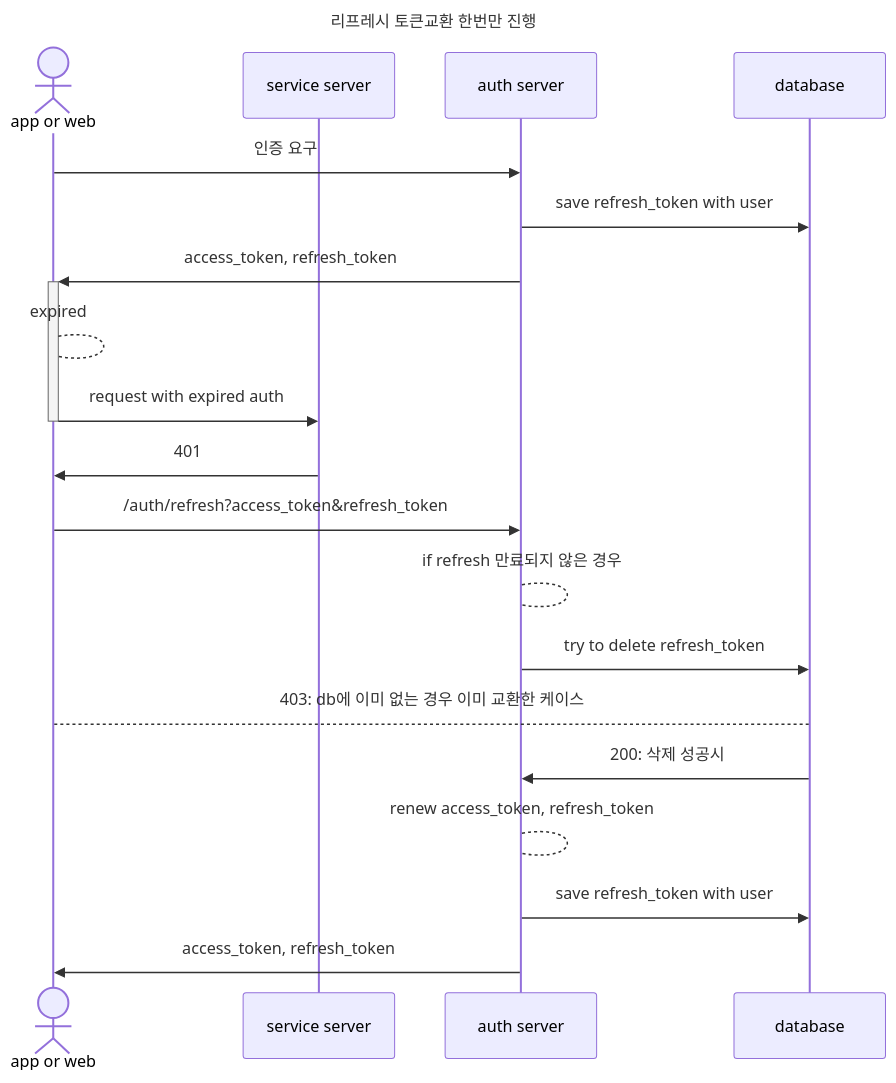
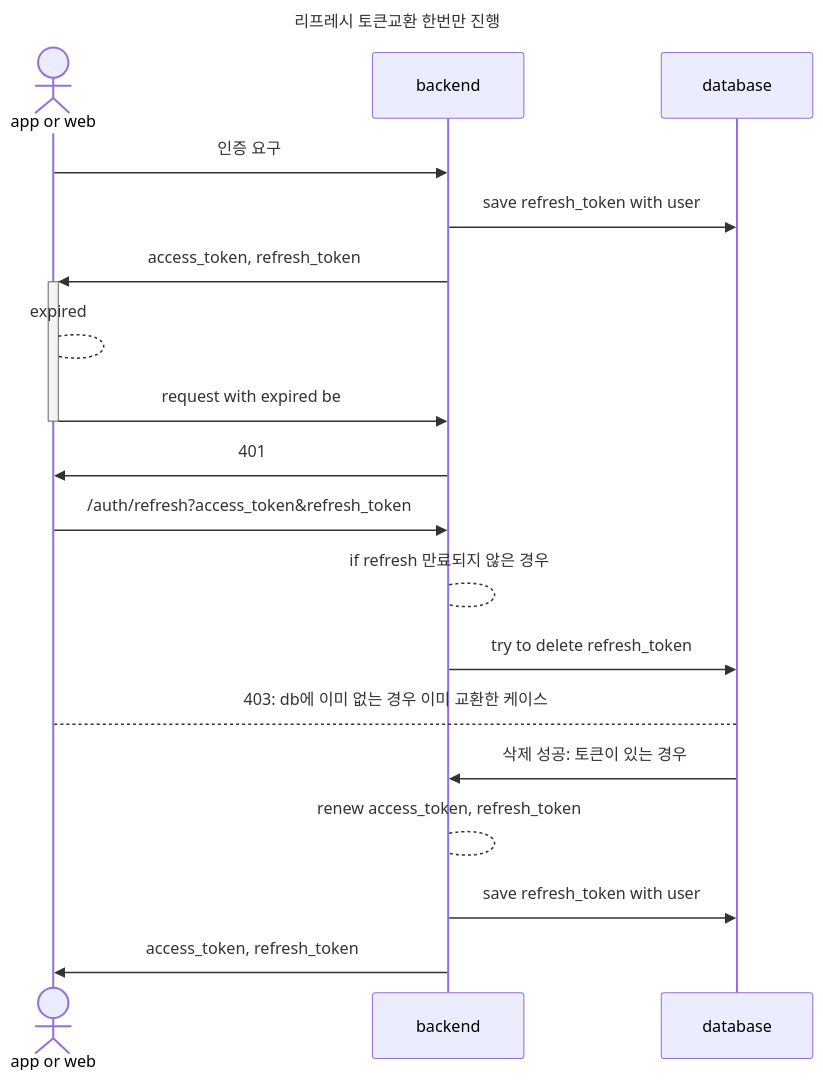
One commit to deptno/public-wiki changed the second of 2 diagrams in jwt.md. Above: the diagram before and after it, drawn with Mermaid. The commit also changed other lines of this file, not shown here.

Commit message:
refresh token 교환 구현 단순화 버전

````diff
--- a/jwt.md
+++ b/jwt.md
@@ -44,23 +45,22 @@
 ```mermaid
 sequenceDiagram
   title: 리프레시 토큰교환 한번만 진행
   actor app as app or web
-  participant service as service server
-  participant auth as auth server
+  participant be as backend
   participant db as database
 
-  app ->> auth: 인증 요구
-  auth ->> db: save refresh_token with user
-  auth ->>+ app: access_token, refresh_token
+  app ->> be: 인증 요구
+  be ->> db: save refresh_token with user
+  be ->>+ app: access_token, refresh_token
   app --> app: expired
-  app ->>- service: request with expired auth
-  service ->> app: 401
-  app ->> auth: /auth/refresh?access_token&refresh_token
-  auth --> auth: if refresh 만료되지 않은 경우
-  auth ->> db: try to delete refresh_token
+  app ->>- be: request with expired be
+  be ->> app: 401
+  app ->> be: /auth/refresh?access_token&refresh_token
+  be --> be: if refresh 만료되지 않은 경우
+  be ->> db: try to delete refresh_token
   db --> app: 403: db에 이미 없는 경우 이미 교환한 케이스
-  db ->> auth: 200: 삭제 성공시
-  auth --> auth: renew access_token, refresh_token
-  auth ->> db: save refresh_token with user
-  auth ->> app: access_token, refresh_token
+  db ->> be: 삭제 성공: 토큰이 있는 경우
+  be --> be: renew access_token, refresh_token
+  be ->> db: save refresh_token with user
+  be ->> app: access_token, refresh_token
 ```
````
